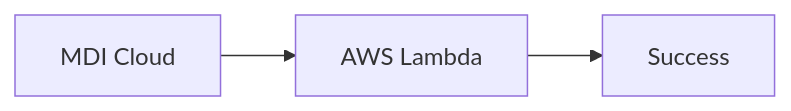
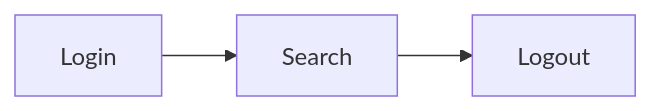
One commit to aerdman1/Erd-Docs changed the fifth of 5 diagrams in docs/MDX/simple-banner/test.md. Above: the diagram before and after it, drawn with Mermaid. The commit also changed other lines of this file, not shown here.

````diff
--- a/docs/MDX/simple-banner/test.md
+++ b/docs/MDX/simple-banner/test.md
@@ -29,6 +49,7 @@
 ```mermaid
 flowchart LR
-  A[<span class="iconify" data-icon="mdi:cloud"></span>  MDI Cloud] --> B[<span class="iconify" data-icon="logos:aws-lambda"></span>  AWS Lambda]
-  B --> C[<span class="iconify" data-icon="mdi:check-circle"></span>  Success]
+  A[<span class="iconify" data-icon="mdi:login"></span> Login] 
+    --> B[<span class="iconify" data-icon="mdi:magnify"></span> Search] 
+    --> C[<span class="iconify" data-icon="mdi:logout"></span> Logout]
 
 ```
````
